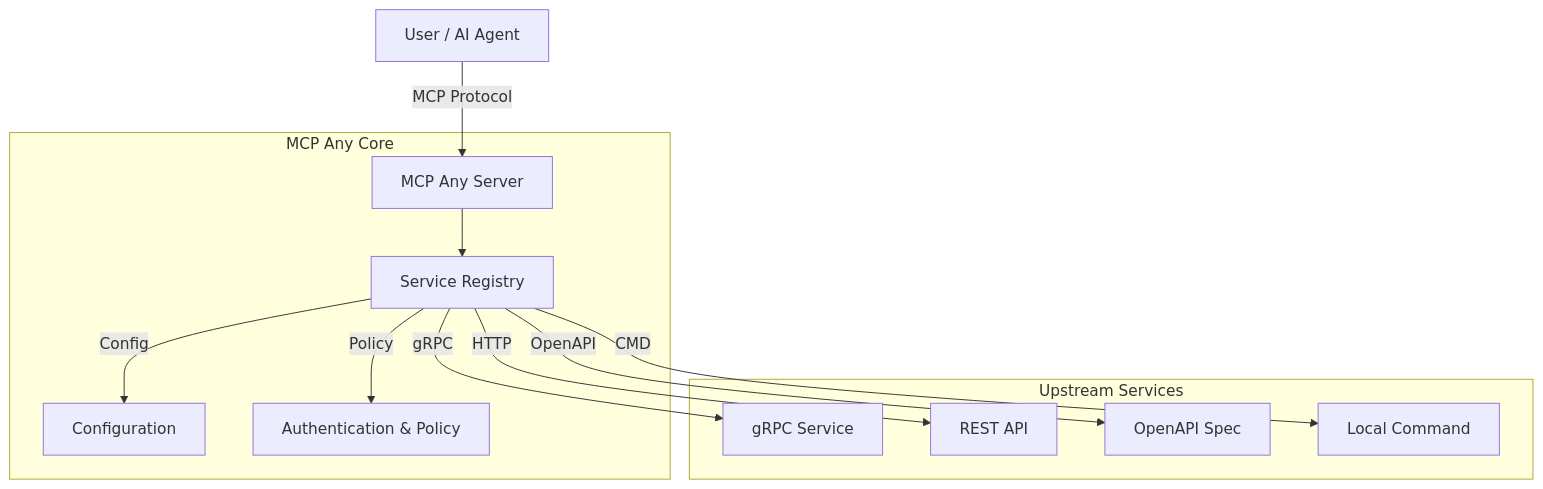
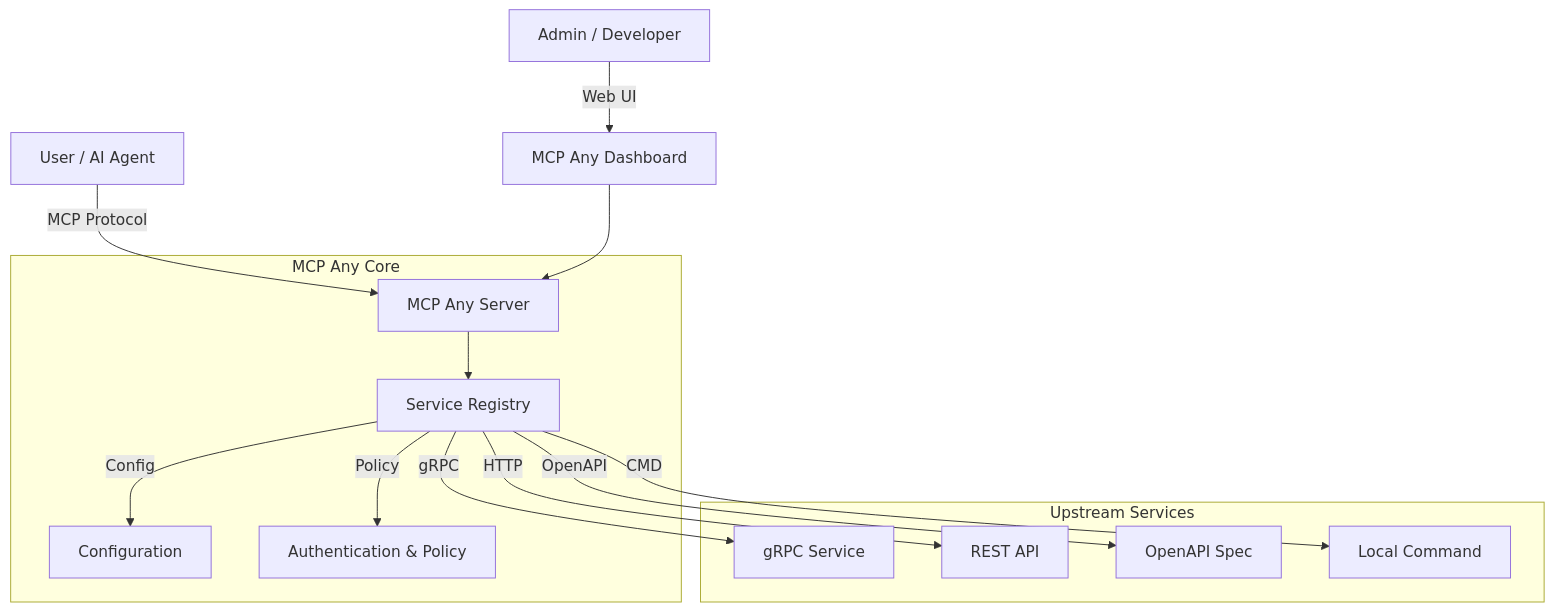
Before and after one commit to mcpany/core: the diagram in README.md, drawn with Mermaid. The commit also changed other lines of this file and 9 other files, not shown here.

````diff
--- a/README.md
+++ b/README.md
@@ -25,17 +26,19 @@
 ```mermaid
 graph TD
     User[User / AI Agent] -->|MCP Protocol| Server[MCP Any Server]
+    Admin[Admin / Developer] -->|Web UI| Dashboard[MCP Any Dashboard]
+    Dashboard --> Server
 
     subgraph "MCP Any Core"
         Server --> Registry[Service Registry]
         Registry -->|Config| Config[Configuration]
         Registry -->|Policy| Auth[Authentication & Policy]
     end
 
     subgraph "Upstream Services"
         Registry -->|gRPC| ServiceA[gRPC Service]
         Registry -->|HTTP| ServiceB[REST API]
         Registry -->|OpenAPI| ServiceC[OpenAPI Spec]
         Registry -->|CMD| ServiceD[Local Command]
     end
 ```
````
